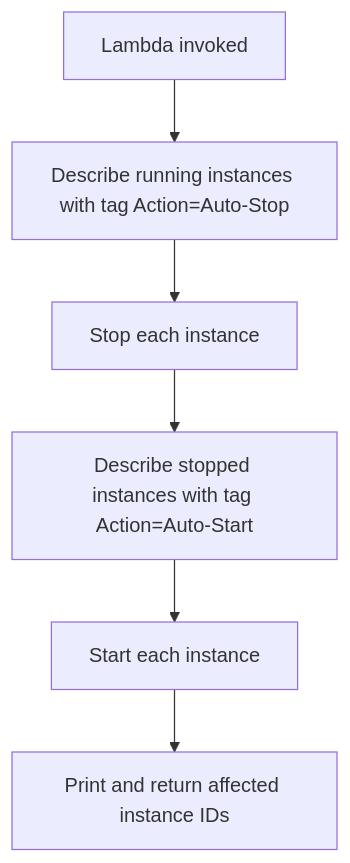
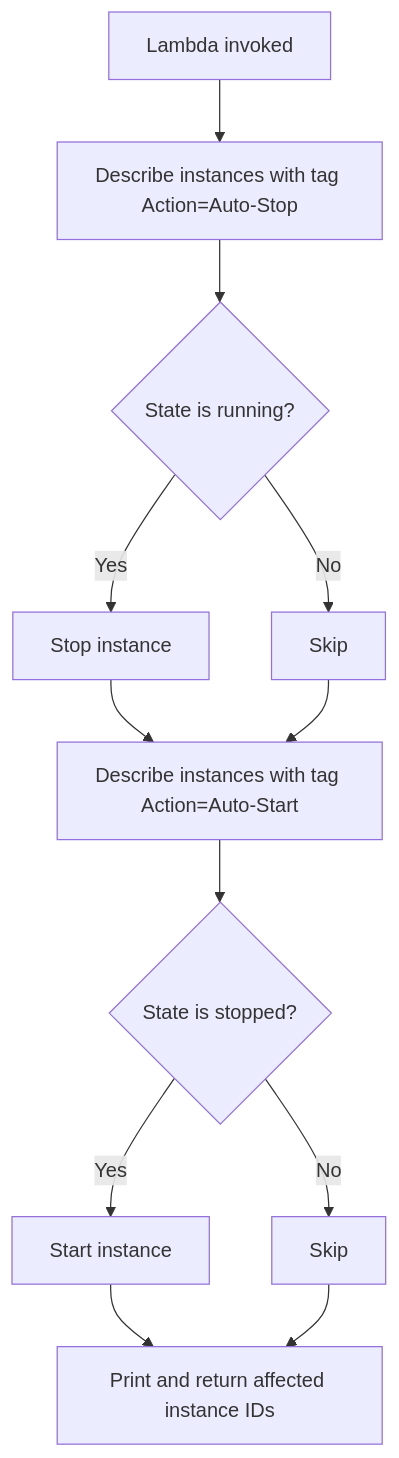
Before and after one commit to govindmaloo/herovired-serverless-lambda-assignments: the diagram in assignment-01-ec2-auto-stop-start/docs/action.md, drawn with Mermaid. The commit also changed 1 other file, not shown here.

Commit message:
Updated lamada.

````diff
--- a/assignment-01-ec2-auto-stop-start/docs/action.md
+++ b/assignment-01-ec2-auto-stop-start/docs/action.md
@@ -1,8 +1,14 @@
 ```mermaid
 flowchart TD
-    A[Lambda invoked] --> B[Describe running instances with tag Action=Auto-Stop]
-    B --> C[Stop each instance]
-    C --> D[Describe stopped instances with tag Action=Auto-Start]
-    D --> E[Start each instance]
-    E --> F[Print and return affected instance IDs]
+    A[Lambda invoked] --> B[Describe instances with tag Action=Auto-Stop]
+    B --> C{State is running?}
+    C -->|Yes| D[Stop instance]
+    C -->|No| E[Skip]
+    D --> F[Describe instances with tag Action=Auto-Start]
+    E --> F
+    F --> G{State is stopped?}
+    G -->|Yes| H[Start instance]
+    G -->|No| I[Skip]
+    H --> J[Print and return affected instance IDs]
+    I --> J
 ```
````
